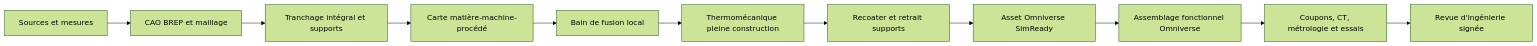
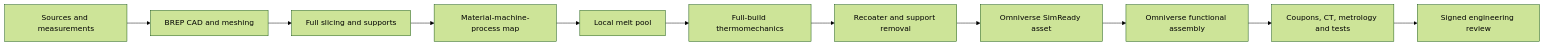
One commit to cluster2600/porscheparts changed the diagram in docs/AM_VALIDATION_PIPELINE.md. Above: the diagram before and after it, drawn with Mermaid (forest theme). The commit also changed other lines of this file and 79 other files, not shown here.

````diff
--- a/docs/AM_VALIDATION_PIPELINE.md
+++ b/docs/AM_VALIDATION_PIPELINE.md
@@ -16,13 +16,13 @@
 ```mermaid
 flowchart LR
-    A[Sources et mesures] --> B[CAO BREP et maillage]
-    B --> C[Tranchage intégral et supports]
-    C --> D[Carte matière-machine-procédé]
-    D --> E[Bain de fusion local]
-    E --> F[Thermomécanique pleine construction]
-    F --> G[Recoater et retrait supports]
-    G --> H[Asset Omniverse SimReady]
-    H --> I[Assemblage fonctionnel Omniverse]
-    I --> J[Coupons, CT, métrologie et essais]
-    J --> K[Revue d'ingénierie signée]
+    A[Sources and measurements] --> B[BREP CAD and meshing]
+    B --> C[Full slicing and supports]
+    C --> D[Material-machine-process map]
+    D --> E[Local melt pool]
+    E --> F[Full-build thermomechanics]
+    F --> G[Recoater and support removal]
+    G --> H[Omniverse SimReady asset]
+    H --> I[Omniverse functional assembly]
+    I --> J[Coupons, CT, metrology and tests]
+    J --> K[Signed engineering review]
 ```
````
